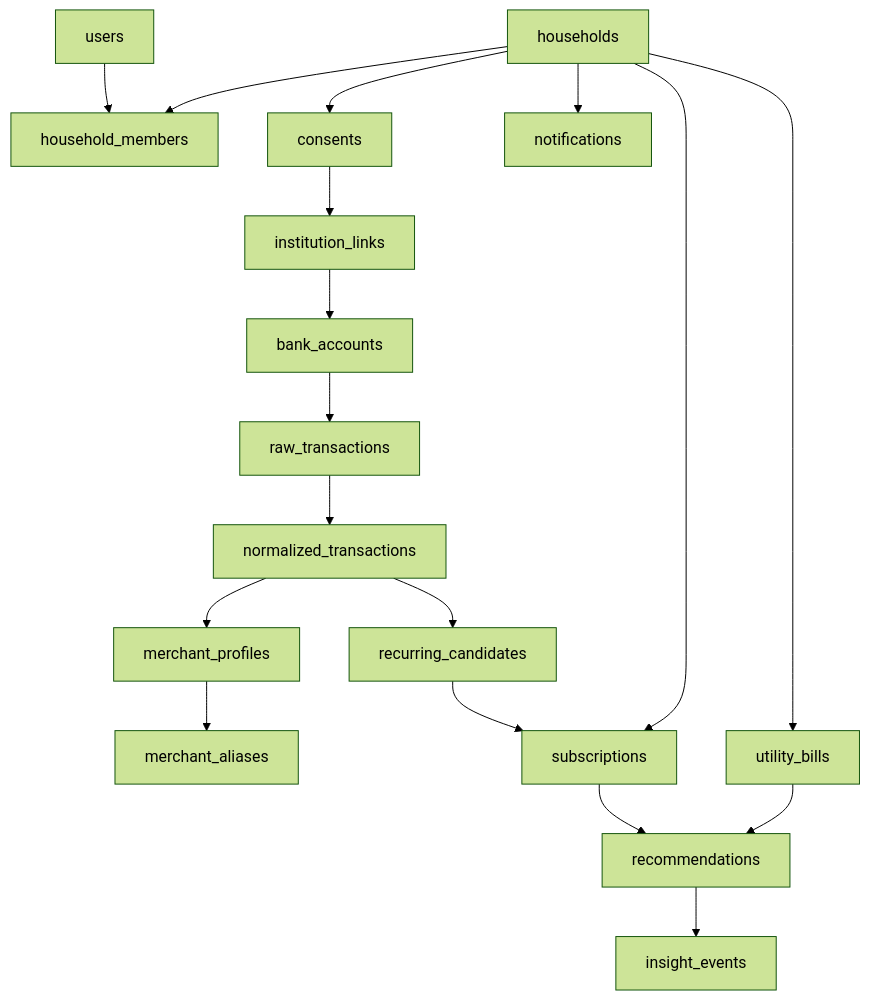
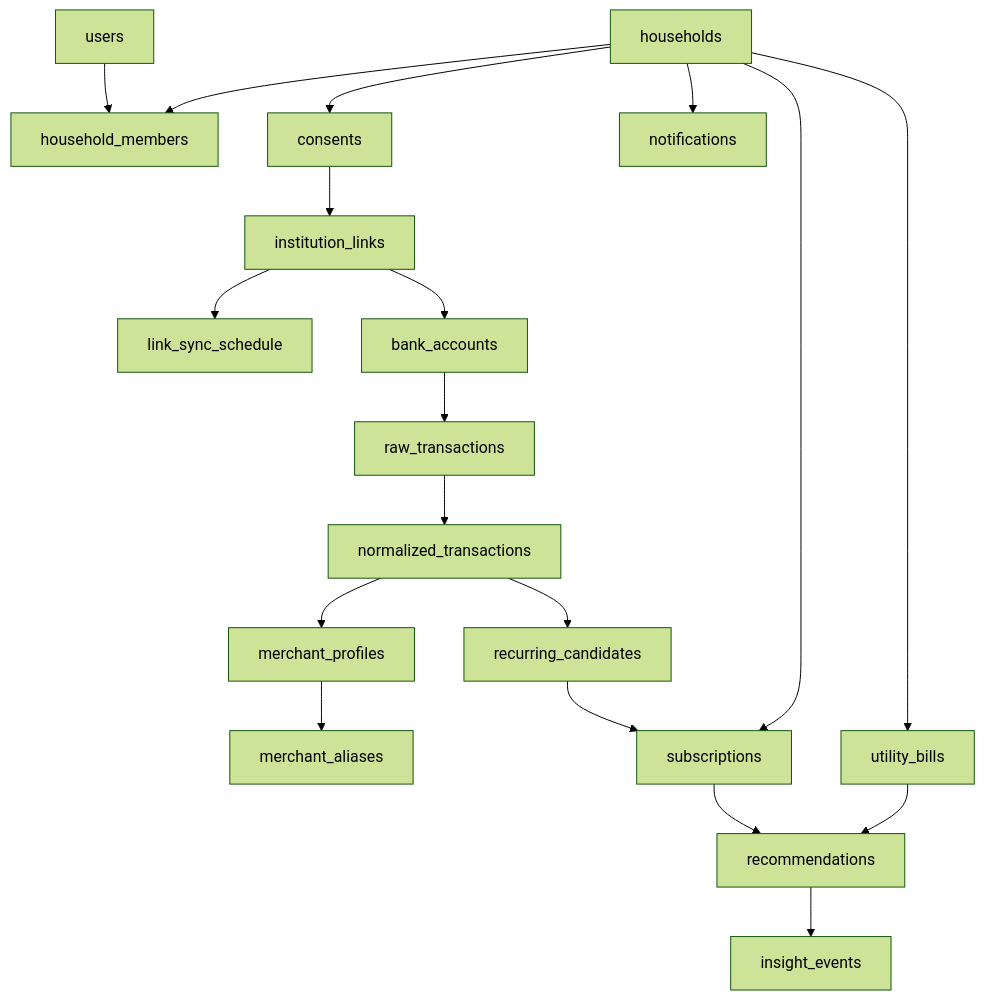
The diagram in docs/architecture/data-model-overview.md (harrychauhaneducationusa/subscriptionmanagement), drawn with Mermaid (forest theme) before and after one commit. The commit also changed other lines of this file and 101 other files, not shown here.

First line of the commit message:
feat: Plaid US aggregation, link sync schedule, and platform docs

````diff
--- a/docs/architecture/data-model-overview.md
+++ b/docs/architecture/data-model-overview.md
@@ -52,37 +56,39 @@
 ```mermaid
 flowchart TD
   users[users]
   households[households]
   householdMembers[household_members]
   consents[consents]
   institutionLinks[institution_links]
+  linkSyncSchedule[link_sync_schedule]
   bankAccounts[bank_accounts]
   rawTransactions[raw_transactions]
   normalizedTransactions[normalized_transactions]
   merchantProfiles[merchant_profiles]
   merchantAliases[merchant_aliases]
   recurringCandidates[recurring_candidates]
   subscriptions[subscriptions]
   utilityBills[utility_bills]
   recommendations[recommendations]
   insightEvents[insight_events]
   notifications[notifications]
 
   users --> householdMembers
   households --> householdMembers
   households --> consents
   consents --> institutionLinks
+  institutionLinks --> linkSyncSchedule
   institutionLinks --> bankAccounts
   bankAccounts --> rawTransactions
   rawTransactions --> normalizedTransactions
   merchantProfiles --> merchantAliases
   normalizedTransactions --> merchantProfiles
   normalizedTransactions --> recurringCandidates
   recurringCandidates --> subscriptions
   households --> subscriptions
   households --> utilityBills
   subscriptions --> recommendations
   utilityBills --> recommendations
   recommendations --> insightEvents
   households --> notifications
 ```
````
